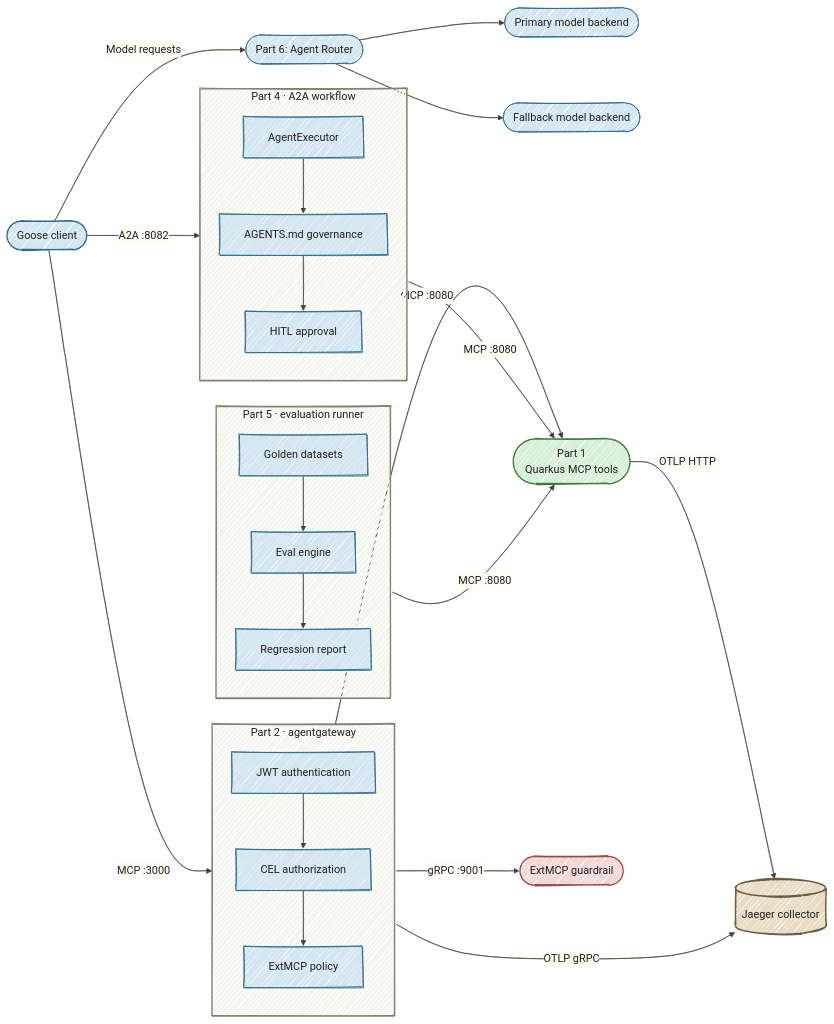
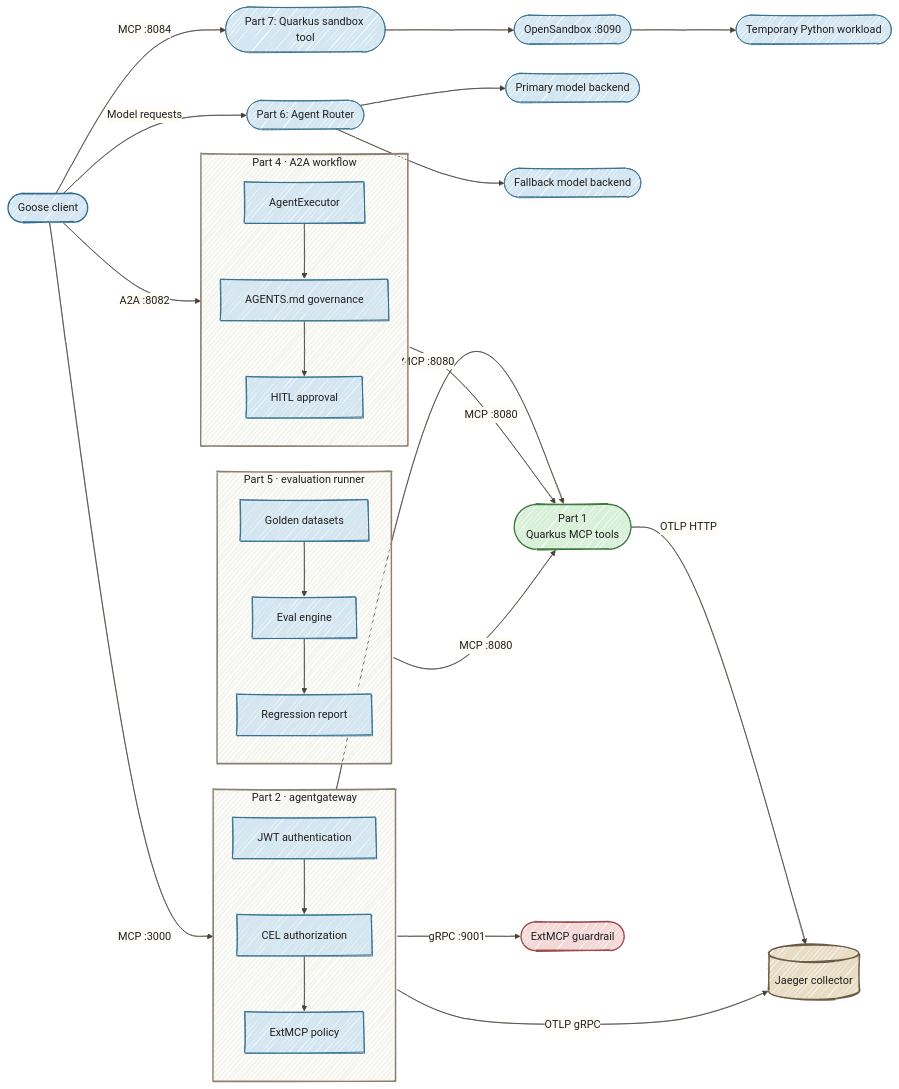
Before and after one commit to danieloh30/governed-agent-platform: the diagram in README.md, drawn with Mermaid. The commit also changed other lines of this file and 26 other files, not shown here.

Commit message:
Add governed OpenSandbox execution lab as Part 7

````diff
--- a/README.md
+++ b/README.md
@@ -59,44 +61,47 @@
 ```mermaid
 %%{init: {"look":"handDrawn","theme":"base","themeVariables":{"darkMode":false,"background":"#FFFCF5","primaryColor":"#D4E6F1","primaryBorderColor":"#2E6B8A","primaryTextColor":"#1F1F1F","secondaryColor":"#D8F0D8","secondaryTextColor":"#1F1F1F","tertiaryColor":"#E8DCC4","tertiaryTextColor":"#1F1F1F","textColor":"#1F1F1F","lineColor":"#4A4035","edgeLabelBackground":"#FFFCF5","clusterBkg":"#F5F5F0","clusterBorder":"#6B5B45","fontSize":"16px","actorBkg":"#D4E6F1","actorBorder":"#2E6B8A","actorTextColor":"#1F1F1F","actorLineColor":"#6B5B45","signalColor":"#4A4035","signalTextColor":"#1F1F1F"},"flowchart":{"nodeSpacing":35,"rankSpacing":55,"padding":18}}}%%
 flowchart LR
     G([Goose client]) -->|MCP :3000| AG
     G -->|Model requests| AR([Part 6: Agent Router])
+    G -->|MCP :8084| SB([Part 7: Quarkus sandbox tool])
+    SB --> OS([OpenSandbox :8090])
+    OS --> PY([Temporary Python workload])
     AR --> PRIMARY([Primary model backend])
     AR --> FALLBACK([Fallback model backend])
     G -->|A2A :8082| FLOW
     AG -->|MCP :8080| MCP([Part 1<br/>Quarkus MCP tools])
     AG -->|gRPC :9001| GR([ExtMCP guardrail])
     FLOW -->|MCP :8080| MCP
     EVAL -->|MCP :8080| MCP
     AG -->|OTLP gRPC| J[(Jaeger collector)]
     MCP -->|OTLP HTTP| J
 
     subgraph AG[Part 2 · agentgateway]
         AUTH[JWT authentication]
         RBAC[CEL authorization]
         GUARD[ExtMCP policy]
         AUTH --> RBAC --> GUARD
     end
 
     subgraph FLOW[Part 4 · A2A workflow]
         EXEC[AgentExecutor]
         GOV[AGENTS.md governance]
         HITL[HITL approval]
         EXEC --> GOV --> HITL
     end
 
     subgraph EVAL[Part 5 · evaluation runner]
         DATA[Golden datasets]
         RUN[Eval engine]
         REPORT[Regression report]
         DATA --> RUN --> REPORT
     end
 
     style G fill:#D4E6F1,stroke:#2E6B8A,color:#1F1F1F,stroke-width:2px
     style AG fill:#F5F5F0,stroke:#8B8070,color:#1F1F1F,stroke-width:2px
     style FLOW fill:#F5F5F0,stroke:#8B8070,color:#1F1F1F,stroke-width:2px
     style EVAL fill:#F5F5F0,stroke:#8B8070,color:#1F1F1F,stroke-width:2px
     style MCP fill:#D8F0D8,stroke:#3D7A3D,color:#1F1F1F,stroke-width:2px
     style GR fill:#F4D7D7,stroke:#9A4A4A,color:#1F1F1F,stroke-width:2px
     style J fill:#E8DCC4,stroke:#6B5B45,color:#1F1F1F,stroke-width:2px
 ```
````
